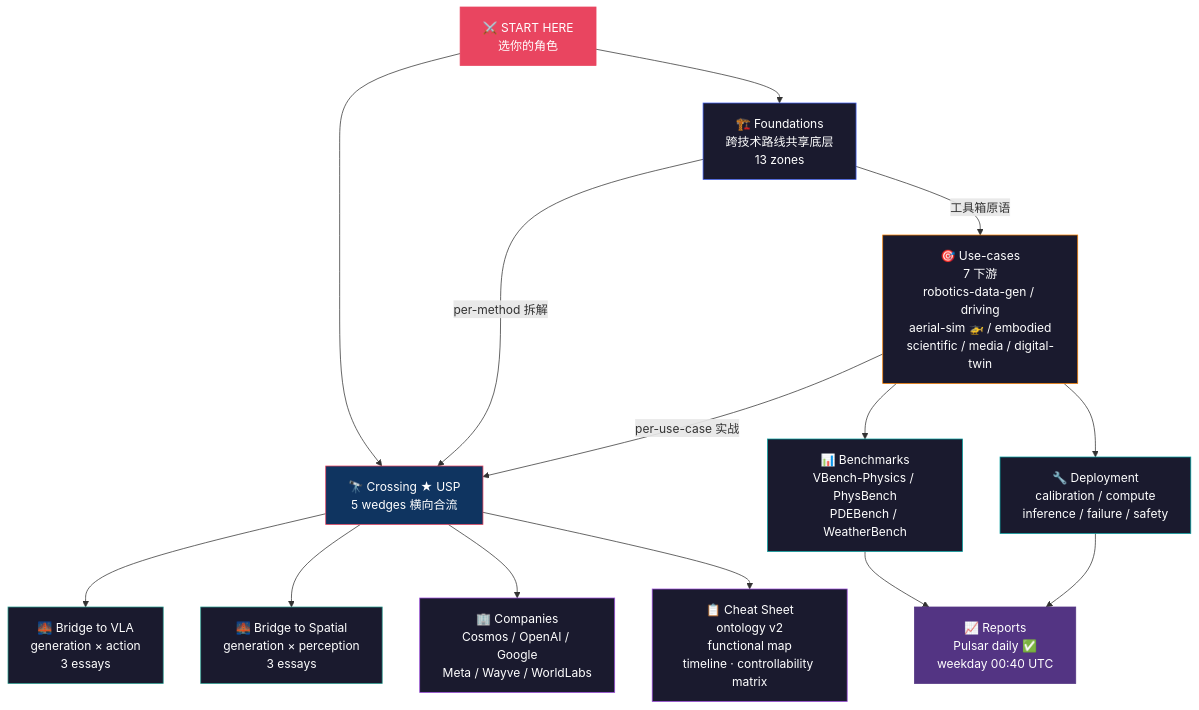
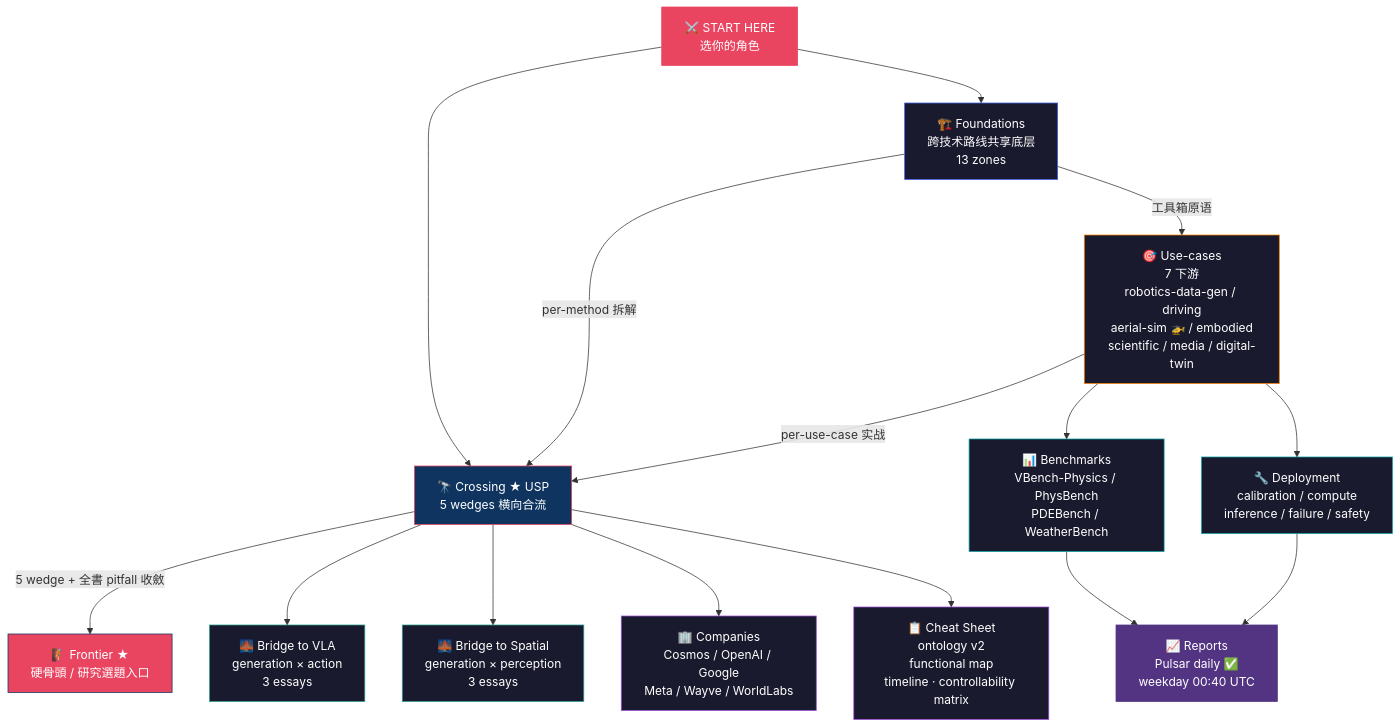
One commit to sou350121/Physics-Controllable-Generation-Handbook changed the second of 2 diagrams in README.md. Above: the diagram before and after it, drawn with Mermaid. The commit also changed other lines of this file, not shown here.

Commit message:
README 深度更新：數字校正（121 nav / 56 dissection）+ 浮出 aerial 兩新旗艦頁 + 補入從未提及的 frontier 研究前沿區

````diff
--- a/README.md
+++ b/README.md
@@ -89,33 +89,36 @@
 ```mermaid
 graph TD
     START["⚔️ START HERE<br/>选你的角色"] --> FOUND["🏗️ Foundations<br/>跨技术路线共享底层<br/>13 zones"]
     START --> CROSS["🔭 Crossing ★ USP<br/>5 wedges 横向合流"]
 
     FOUND -->|"工具箱原语"| USE["🎯 Use-cases<br/>7 下游<br/>robotics-data-gen / driving<br/>aerial-sim 🚁 / embodied<br/>scientific / media / digital-twin"]
     FOUND -->|"per-method 拆解"| CROSS
 
     USE -->|"per-use-case 实战"| CROSS
+
+    CROSS -->|"5 wedge + 全書 pitfall 收斂"| FRONT["🧗 Frontier ★<br/>硬骨頭 / 研究選題入口"]
 
     CROSS --> BVLA["🌉 Bridge to VLA<br/>generation × action<br/>3 essays"]
     CROSS --> BSPA["🌉 Bridge to Spatial<br/>generation × perception<br/>3 essays"]
     CROSS --> COMP["🏢 Companies<br/>Cosmos / OpenAI / Google<br/>Meta / Wayve / WorldLabs"]
     CROSS --> CHEAT["📋 Cheat Sheet<br/>ontology v2<br/>functional map<br/>timeline · controllability matrix"]
 
     USE --> BENCH["📊 Benchmarks<br/>VBench-Physics / PhysBench<br/>PDEBench / WeatherBench"]
     USE --> DEPLOY["🔧 Deployment<br/>calibration / compute<br/>inference / failure / safety"]
 
     BENCH --> REP["📈 Reports<br/>Pulsar daily ✅<br/>weekday 00:40 UTC"]
     DEPLOY --> REP
 
     style START fill:#e94560,stroke:#e94560,color:#fff
     style FOUND fill:#1a1a2e,stroke:#4361ee,color:#fff
     style USE fill:#1a1a2e,stroke:#f77f00,color:#fff
     style CROSS fill:#0f3460,stroke:#e94560,color:#fff
+    style FRONT fill:#e94560,stroke:#0f3460,color:#fff
     style BVLA fill:#1a1a2e,stroke:#2a9d8f,color:#fff
     style BSPA fill:#1a1a2e,stroke:#2a9d8f,color:#fff
     style COMP fill:#1a1a2e,stroke:#9d4edd,color:#fff
     style CHEAT fill:#1a1a2e,stroke:#9d4edd,color:#fff
     style BENCH fill:#1a1a2e,stroke:#06a0a0,color:#fff
     style DEPLOY fill:#1a1a2e,stroke:#06a0a0,color:#fff
     style REP fill:#533483,stroke:#533483,color:#fff
 ```
````
